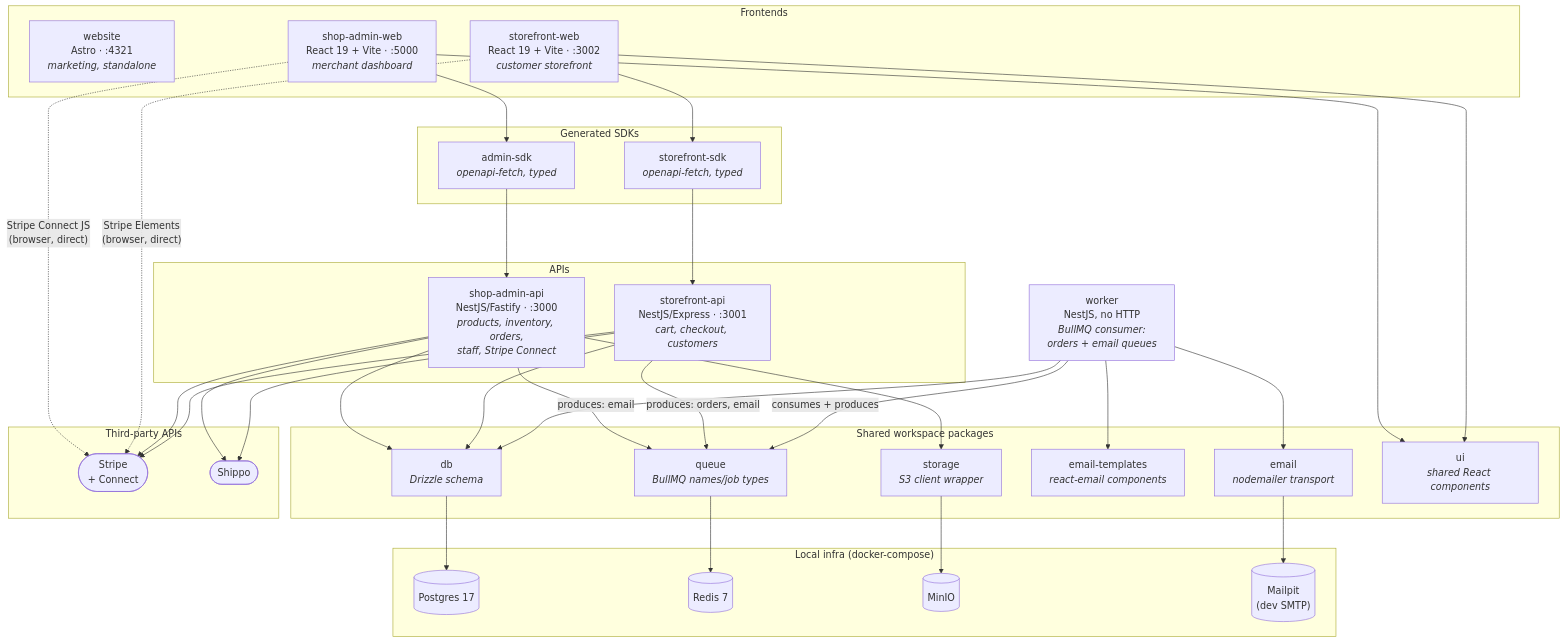
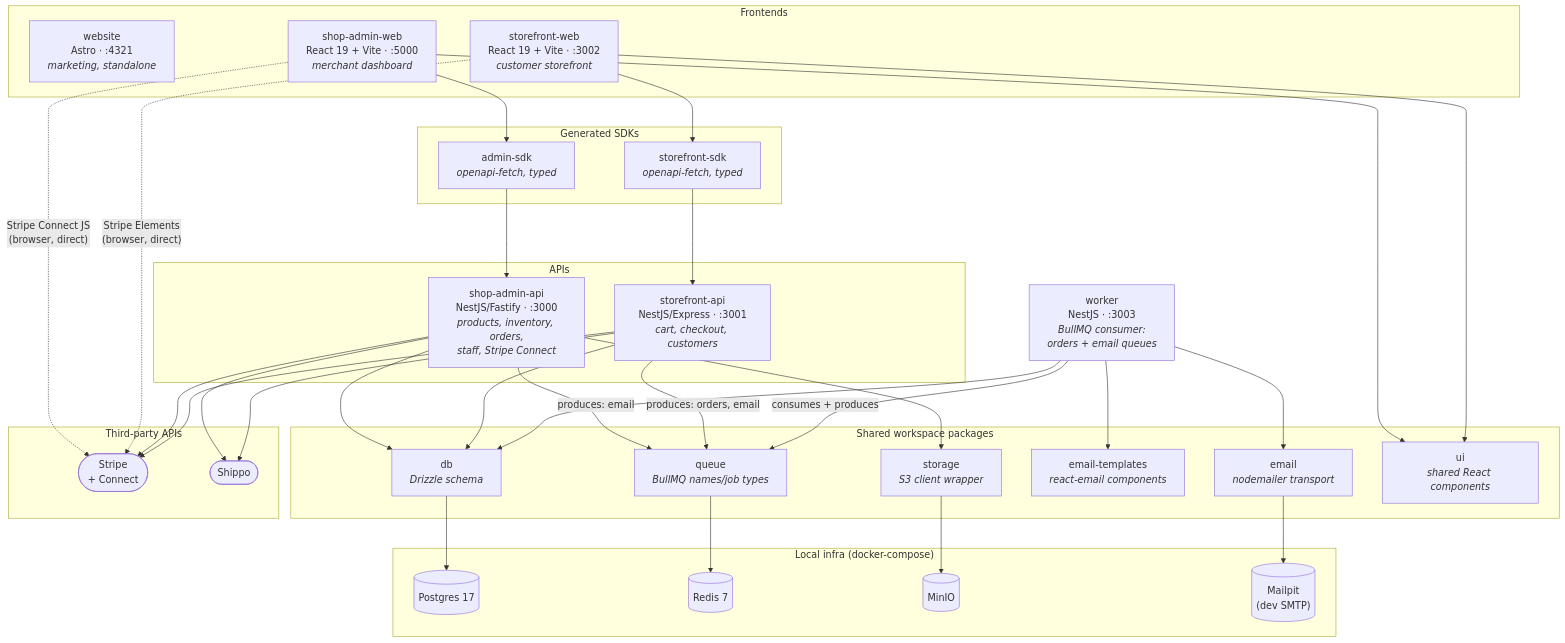
One commit to noel-vega/Finances changed the first of 2 diagrams in ARCHITECTURE.md. Above: the diagram before and after it, drawn with Mermaid. The commit also changed other lines of this file and 21 other files, not shown here.

````diff
--- a/ARCHITECTURE.md
+++ b/ARCHITECTURE.md
@@ -11,67 +11,67 @@
 ```mermaid
 flowchart TB
     subgraph FE["Frontends"]
         website["website<br/>Astro · :4321<br/><i>marketing, standalone</i>"]
         adminweb["shop-admin-web<br/>React 19 + Vite · :5000<br/><i>merchant dashboard</i>"]
         storeweb["storefront-web<br/>React 19 + Vite · :3002<br/><i>customer storefront</i>"]
     end
 
     subgraph SDK["Generated SDKs"]
         adminsdk["admin-sdk<br/><i>openapi-fetch, typed</i>"]
         storesdk["storefront-sdk<br/><i>openapi-fetch, typed</i>"]
     end
 
     subgraph API["APIs"]
         adminapi["shop-admin-api<br/>NestJS/Fastify · :3000<br/><i>products, inventory, orders,<br/>staff, Stripe Connect</i>"]
         storeapi["storefront-api<br/>NestJS/Express · :3001<br/><i>cart, checkout, customers</i>"]
     end
 
-    worker["worker<br/>NestJS, no HTTP<br/><i>BullMQ consumer:<br/>orders + email queues</i>"]
+    worker["worker<br/>NestJS · :3003<br/><i>BullMQ consumer:<br/>orders + email queues</i>"]
 
     subgraph PKG["Shared workspace packages"]
         db["db<br/><i>Drizzle schema</i>"]
         queue["queue<br/><i>BullMQ names/job types</i>"]
         email["email<br/><i>nodemailer transport</i>"]
         emailtpl["email-templates<br/><i>react-email components</i>"]
         storage["storage<br/><i>S3 client wrapper</i>"]
         ui["ui<br/><i>shared React components</i>"]
     end
 
     subgraph INFRA["Local infra (docker-compose)"]
         postgres[("Postgres 17")]
         redis[("Redis 7")]
         minio[("MinIO")]
         mailpit[("Mailpit<br/>(dev SMTP)")]
     end
 
     subgraph EXT["Third-party APIs"]
         stripe(["Stripe<br/>+ Connect"])
         shippo(["Shippo"])
     end
 
     adminweb --> adminsdk --> adminapi
     storeweb --> storesdk --> storeapi
     adminweb -. "Stripe Connect JS<br/>(browser, direct)" .-> stripe
     storeweb -. "Stripe Elements<br/>(browser, direct)" .-> stripe
     adminweb --> ui
     storeweb --> ui
 
     adminapi --> db
     storeapi --> db
     worker --> db
     db --> postgres
 
     adminapi -->|produces: email| queue
     storeapi -->|produces: orders, email| queue
     worker -->|consumes + produces| queue
     queue --> redis
 
     adminapi --> storage --> minio
     adminapi --> stripe
     adminapi --> shippo
     storeapi --> stripe
     storeapi --> shippo
 
     worker --> email --> mailpit
     worker --> emailtpl
 ```
````
